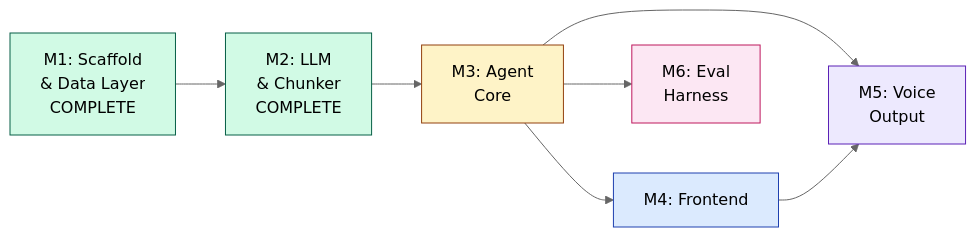
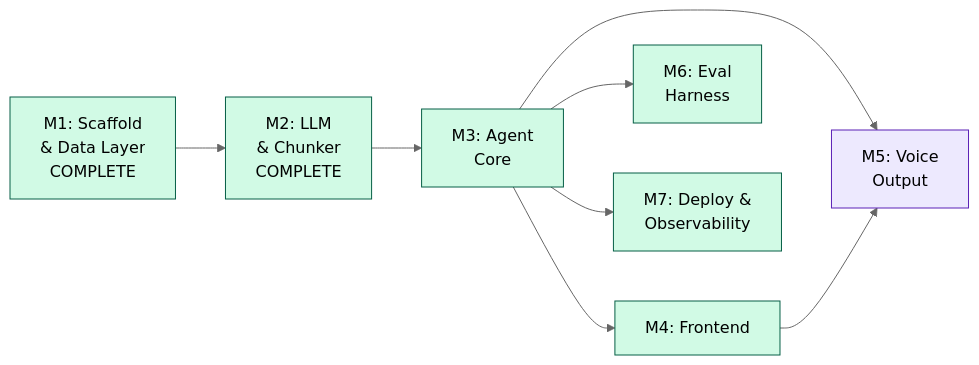
The third of 3 diagrams in architecture.md (darth-dodo/voxpopuli), drawn with Mermaid (neutral theme) before and after one commit. The commit also changed other lines of this file and 26 other files, not shown here.

````diff
--- a/architecture.md
+++ b/architecture.md
@@ -564,16 +692,18 @@
 ```mermaid
 graph LR
     M1["M1: Scaffold<br/>& Data Layer<br/>COMPLETE"] --> M2["M2: LLM<br/>& Chunker<br/>COMPLETE"]
     M2 --> M3["M3: Agent<br/>Core"]
     M3 --> M4["M4: Frontend"]
     M3 --> M5["M5: Voice<br/>Output"]
     M3 --> M6["M6: Eval<br/>Harness"]
     M4 --> M5
+    M3 --> M7["M7: Deploy &<br/>Observability"]
 
     style M1 fill:#d1fae5,stroke:#065f46
     style M2 fill:#d1fae5,stroke:#065f46
-    style M3 fill:#fef3c7,stroke:#92400e
-    style M4 fill:#dbeafe,stroke:#1e40af
+    style M3 fill:#d1fae5,stroke:#065f46
+    style M4 fill:#d1fae5,stroke:#065f46
     style M5 fill:#ede9fe,stroke:#5b21b6
-    style M6 fill:#fce7f3,stroke:#be185d
+    style M6 fill:#d1fae5,stroke:#065f46
+    style M7 fill:#d1fae5,stroke:#065f46
 ```
````
